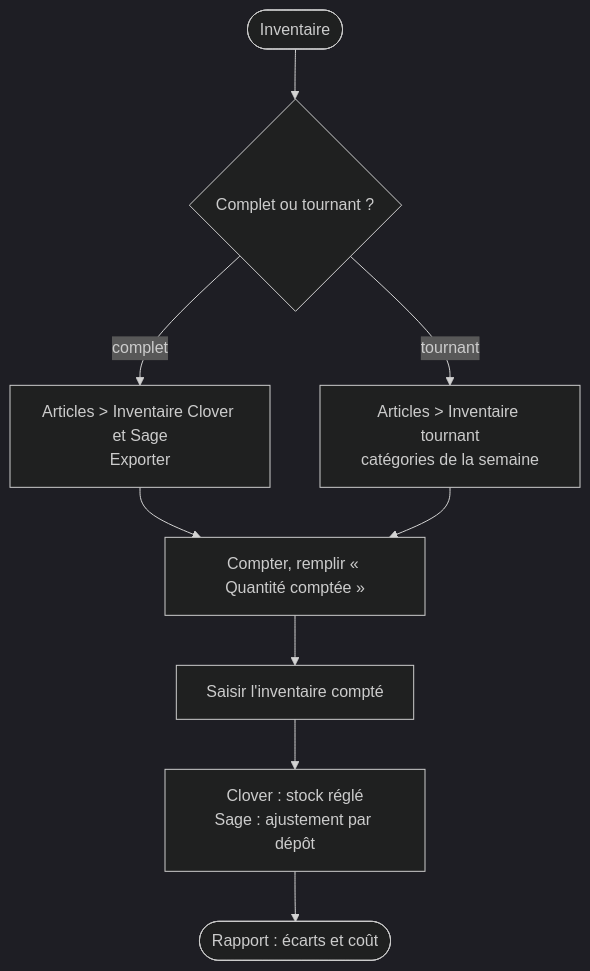
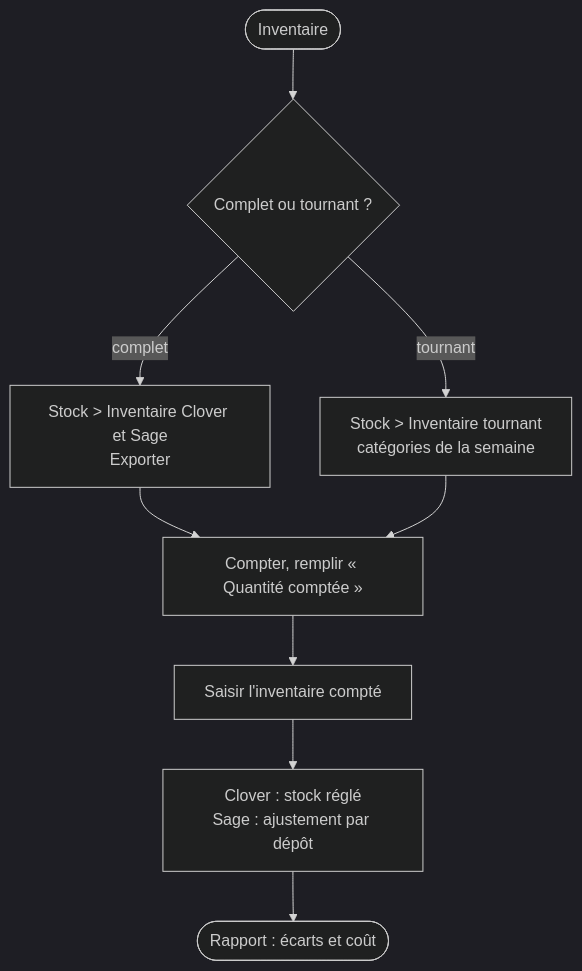
One commit to mteingueng-dot/MVOGMBI_Sync_2026.1 changed diagram 12 of 13 in documentation/WORKFLOWS.md. Above: the diagram before and after it, drawn with Mermaid (dark theme). The commit also changed other lines of this file and 27 other files, not shown here.

````diff
--- a/documentation/WORKFLOWS.md
+++ b/documentation/WORKFLOWS.md
@@ -148,11 +200,11 @@
 ```mermaid
 flowchart TD
     A([Inventaire]) --> B{"Complet ou tournant ?"}
-    B -- complet --> C["Articles > Inventaire Clover et Sage<br/>Exporter"]
-    B -- tournant --> D["Articles > Inventaire tournant<br/>catégories de la semaine"]
+    B -- complet --> C["Stock > Inventaire Clover et Sage<br/>Exporter"]
+    B -- tournant --> D["Stock > Inventaire tournant<br/>catégories de la semaine"]
     C --> E["Compter, remplir « Quantité comptée »"]
     D --> E
     E --> F["Saisir l'inventaire compté"]
     F --> G["Clover : stock réglé<br/>Sage : ajustement par dépôt"]
     G --> H([Rapport : écarts et coût])
 ```
````
